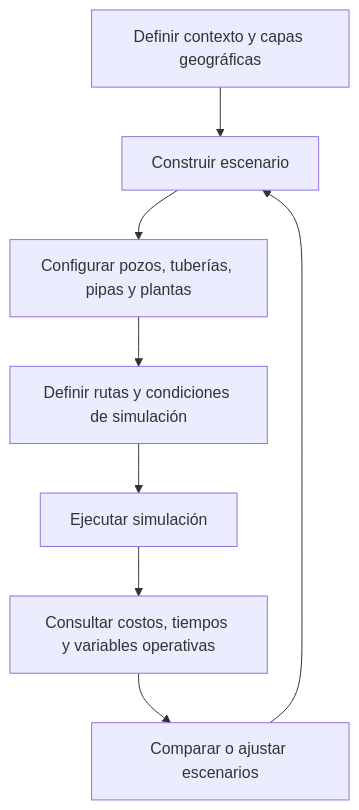
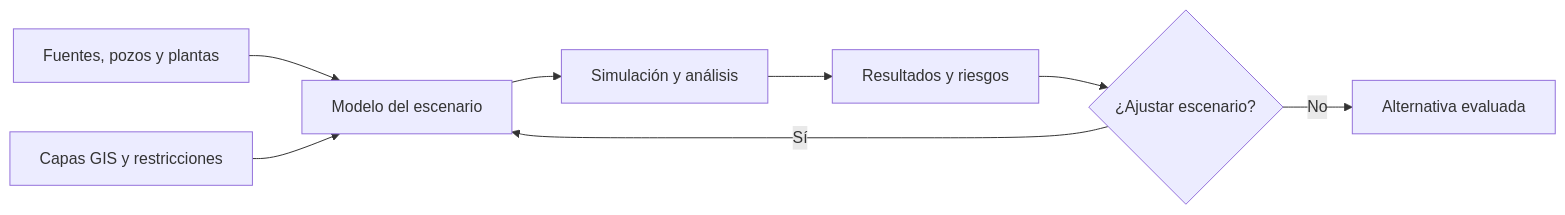
The diagram in README.md (isaiassolis/industrial-water-logistics-simulation), drawn with Mermaid before and after one commit. The commit also changed other lines of this file, not shown here.

````diff
--- a/README.md
+++ b/README.md
@@ -42,10 +85,10 @@
 ```mermaid
-flowchart TD
-    A[Definir contexto y capas geográficas] --> B[Construir escenario]
-    B --> C[Configurar pozos, tuberías, pipas y plantas]
-    C --> D[Definir rutas y condiciones de simulación]
-    D --> E[Ejecutar simulación]
-    E --> F[Consultar costos, tiempos y variables operativas]
-    F --> G[Comparar o ajustar escenarios]
-    G --> B
+flowchart LR
+  A[Fuentes, pozos y plantas] --> B[Modelo del escenario]
+  C[Capas GIS y restricciones] --> B
+  B --> D[Simulación y análisis]
+  D --> E[Resultados y riesgos]
+  E --> F{¿Ajustar escenario?}
+  F -->|Sí| B
+  F -->|No| G[Alternativa evaluada]
 ```
````
